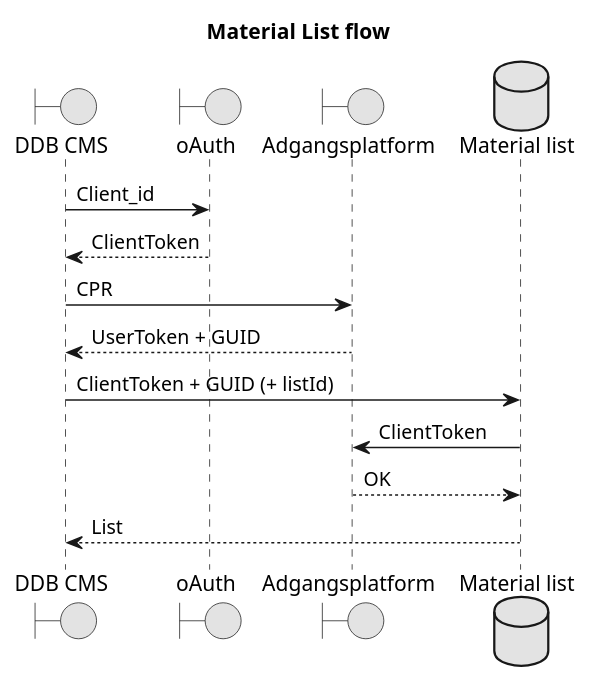
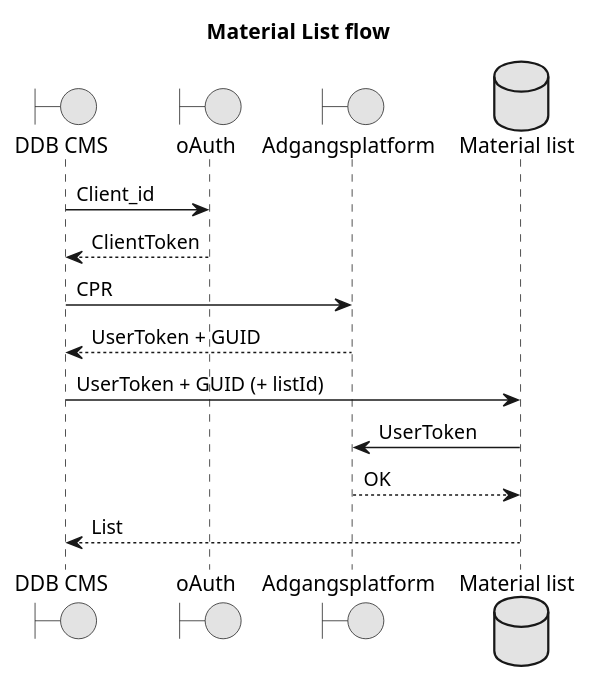
The diagram in docs/listServices/materialListFlow.puml (danskernesdigitalebibliotek/plantuml), drawn with PlantUML before and after one commit.

Commit message:
Material List sends User token

```diff
--- a/docs/listServices/materialListFlow.puml
+++ b/docs/listServices/materialListFlow.puml
@@ -1,25 +1,25 @@
 @startuml						
 title   Material List flow
 						
 ' Skinparams '						
 skinparam monochrome true						
 'skinparam handwritten true						
 
 
 boundary "DDB CMS"
 boundary "oAuth"
 boundary "Adgangsplatform"
 database "Material list"
 
 "DDB CMS" -> "oAuth" : Client_id
 "oAuth" --> "DDB CMS" : ClientToken
 
 "DDB CMS" -> "Adgangsplatform" : CPR
 "Adgangsplatform" --> "DDB CMS": UserToken + GUID
 
-"DDB CMS" -> "Material list" : ClientToken + GUID (+ listId)
-"Material list" -> "Adgangsplatform" : ClientToken
+"DDB CMS" -> "Material list" : UserToken + GUID (+ listId)
+"Material list" -> "Adgangsplatform" : UserToken
 "Adgangsplatform" --> "Material list" : OK 
 "Material list" --> "DDB CMS" : List
 
 @enduml
```
